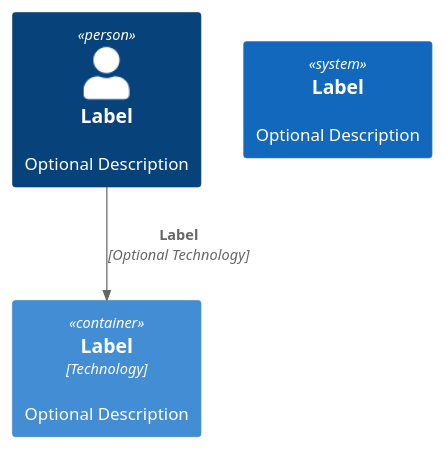
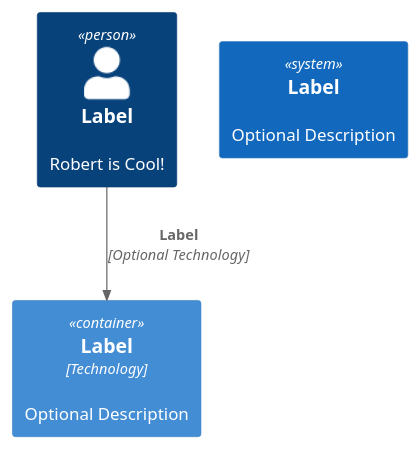
Before and after one commit to cloudurable/kube-training: the diagram in istio/images/test.puml, drawn with PlantUML. The commit also changed 4 other files, not shown here.

```diff
--- a/istio/images/test.puml
+++ b/istio/images/test.puml
@@ -1,9 +1,9 @@
 @startuml
 !include ../../c4model_puml/C4_Container.puml
 
-Person(personAlias, "Label", "Optional Description")
+Person(personAlias, "Label", "Robert is Cool!")
 Container(containerAlias, "Label", "Technology", "Optional Description")
 System(systemAlias, "Label", "Optional Description")
 
 Rel(personAlias, containerAlias, "Label", "Optional Technology")
 @enduml
```
